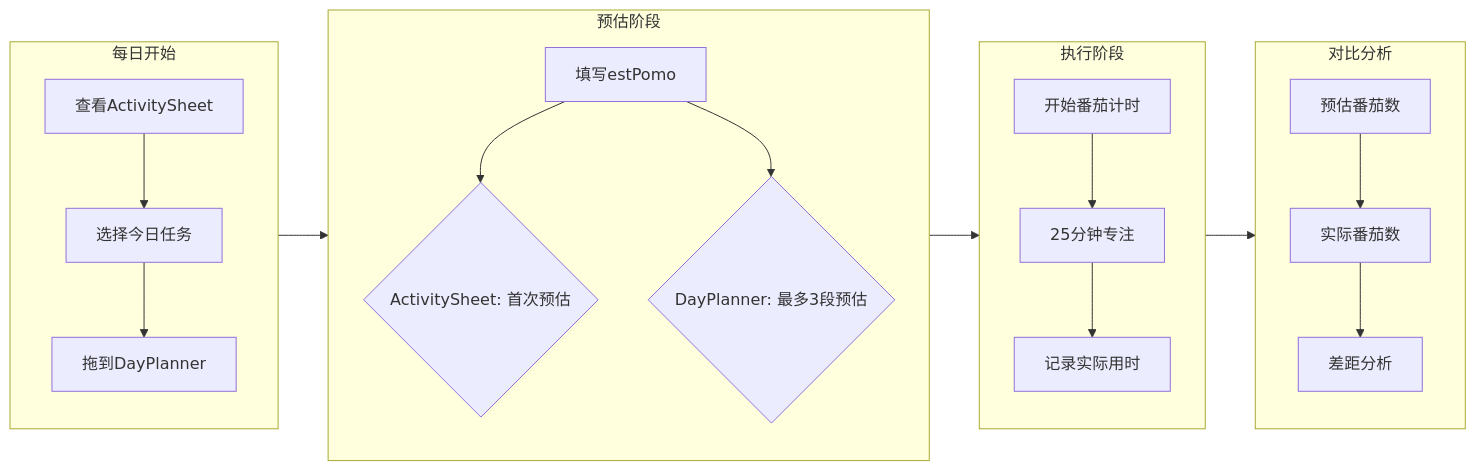
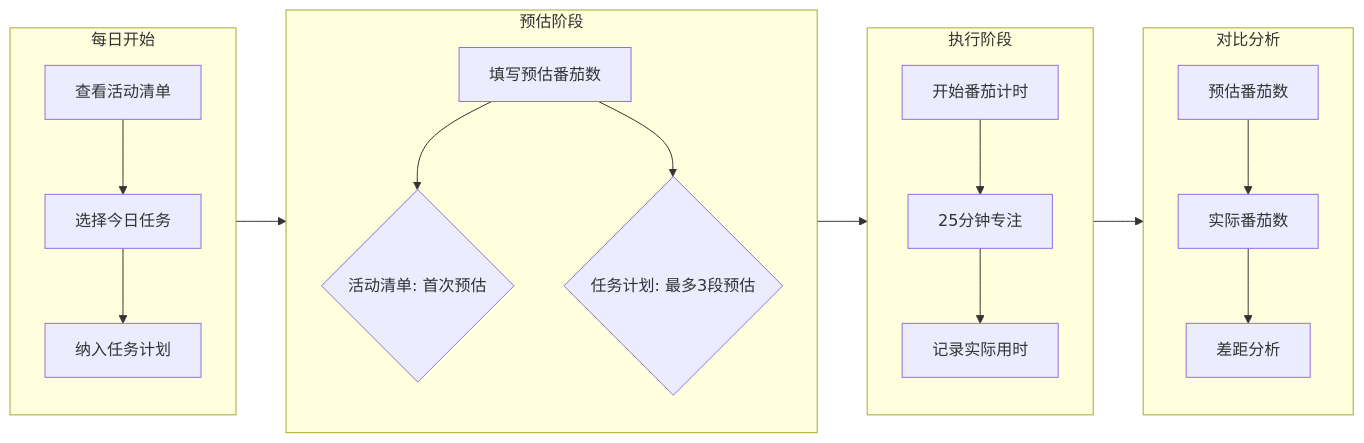
Before and after one commit to Xeonilian/pomotention: the diagram in docs/guide/pomodoro-technique/01-track-time.md, drawn with Mermaid. The commit also changed other lines of this file and 17 other files, not shown here.

````diff
--- a/docs/guide/pomodoro-technique/01-track-time.md
+++ b/docs/guide/pomodoro-technique/01-track-time.md
@@ -53,24 +55,24 @@
 ```mermaid
 flowchart LR
     subgraph 准备[每日开始]
-        A[查看ActivitySheet] --> B[选择今日任务]
-        B --> C[拖到DayPlanner]
+        A[查看活动清单] --> B[选择今日任务]
+        B --> C[纳入任务计划]
     end
     
     subgraph 预估[预估阶段]
-        D[填写estPomo] --> E{ActivitySheet: 首次预估}
-        D --> F{DayPlanner: 最多3段预估}
+        D[填写预估番茄数] --> E{活动清单: 首次预估}
+        D --> F{任务计划: 最多3段预估}
     end
     
     subgraph 执行[执行阶段]
         G[开始番茄计时] --> H[25分钟专注]
         H --> I[记录实际用时]
     end
     
     subgraph 对比[对比分析]
         J[预估番茄数] --> K[实际番茄数]
         K --> L[差距分析]
     end
     
     准备 --> 预估 --> 执行 --> 对比
 ```
````
